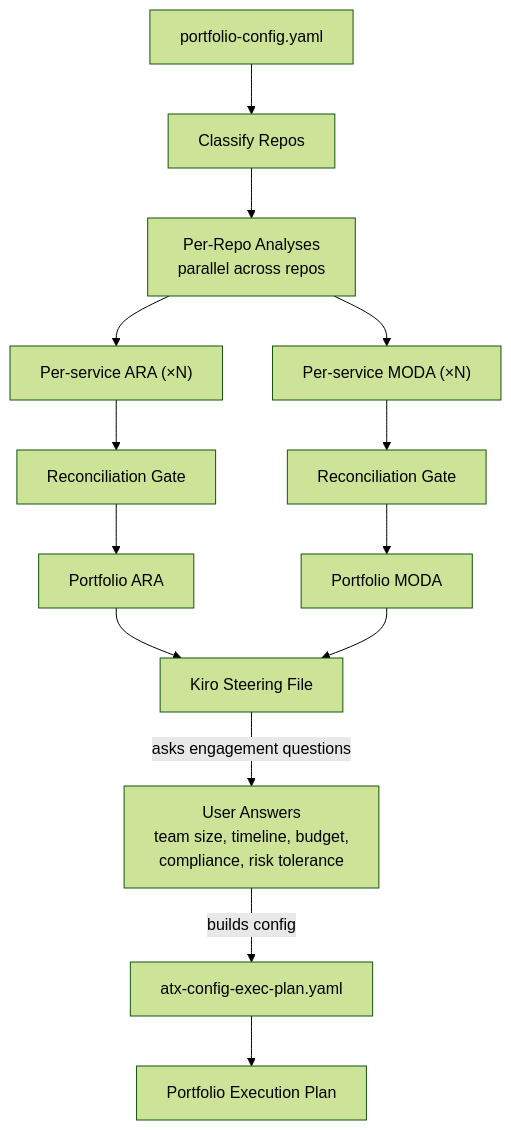
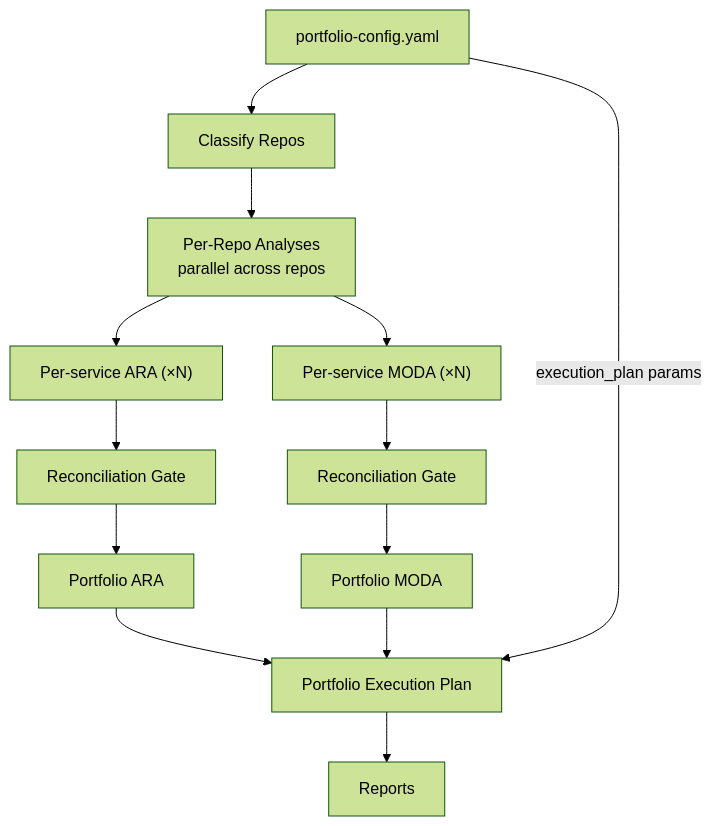
Before and after one commit to aws-samples/sample-agentic-readiness-analysis-orchestrator: the first of 4 diagrams in README.md, drawn with Mermaid (forest theme). The commit also changed other lines of this file and 4 other files, not shown here.

First line of the commit message:
fix: consolidate all config into portfolio-config.yaml (no separate exec plan config)

````diff
--- a/README.md
+++ b/README.md
@@ -32,21 +32,19 @@
 ```mermaid
 flowchart TB
     CONFIG[portfolio-config.yaml] --> CLASSIFY[Classify Repos]
     CLASSIFY --> PARALLEL[Per-Repo Analyses<br/>parallel across repos]
 
     PARALLEL --> ARA_N["Per-service ARA (×N)"]
     PARALLEL --> MOD_N["Per-service MODA (×N)"]
 
     ARA_N --> GATE_ARA[Reconciliation Gate]
     MOD_N --> GATE_MOD[Reconciliation Gate]
 
     GATE_ARA --> PORT_ARA[Portfolio ARA]
     GATE_MOD --> PORT_MOD[Portfolio MODA]
 
-    PORT_ARA --> KIRO[Kiro Steering File]
-    PORT_MOD --> KIRO
-
-    KIRO -->|asks engagement questions| USER[User Answers<br/>team size, timeline, budget,<br/>compliance, risk tolerance]
-    USER -->|builds config| EXEC_CFG[atx-config-exec-plan.yaml]
-    EXEC_CFG --> EXEC[Portfolio Execution Plan]
+    PORT_ARA --> EXEC[Portfolio Execution Plan]
+    PORT_MOD --> EXEC
+    CONFIG -->|execution_plan params| EXEC
+    EXEC --> REPORTS[Reports]
 ```
````
